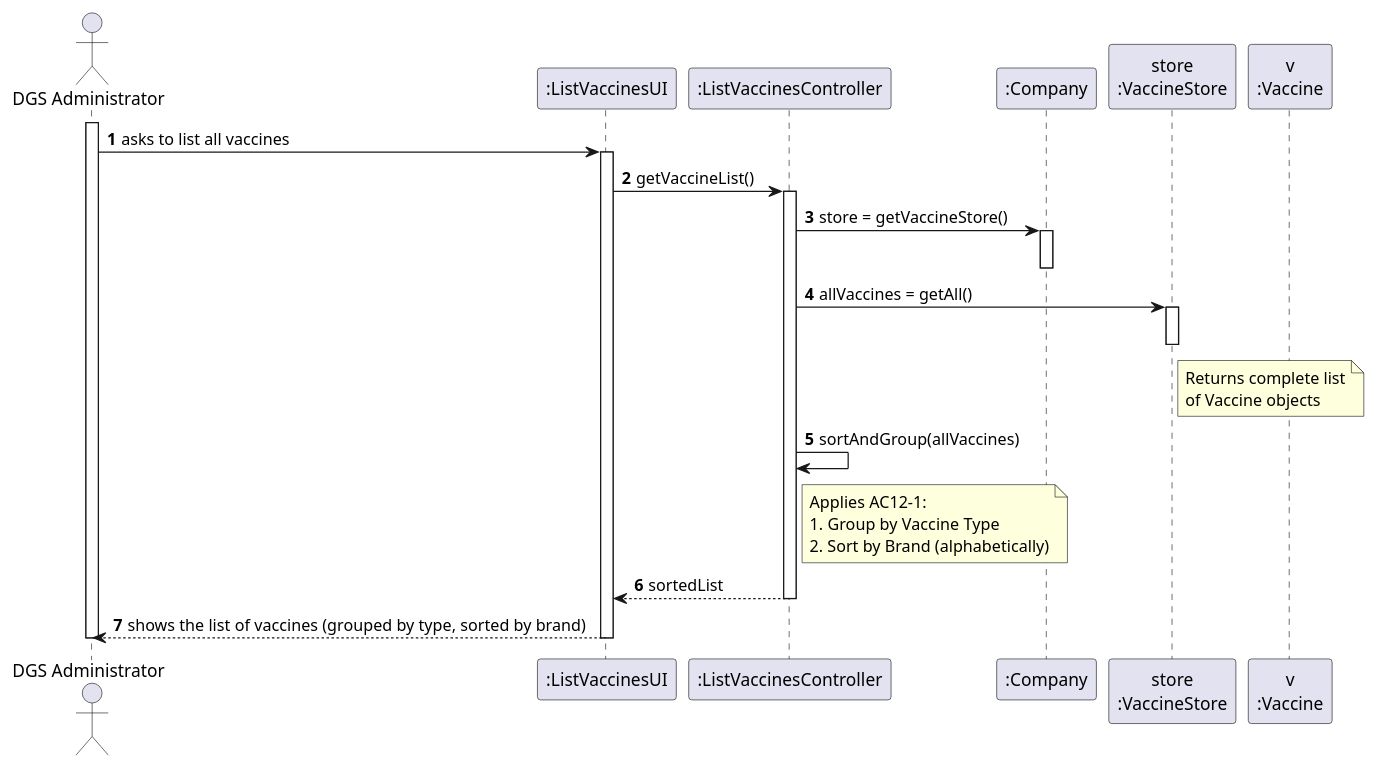
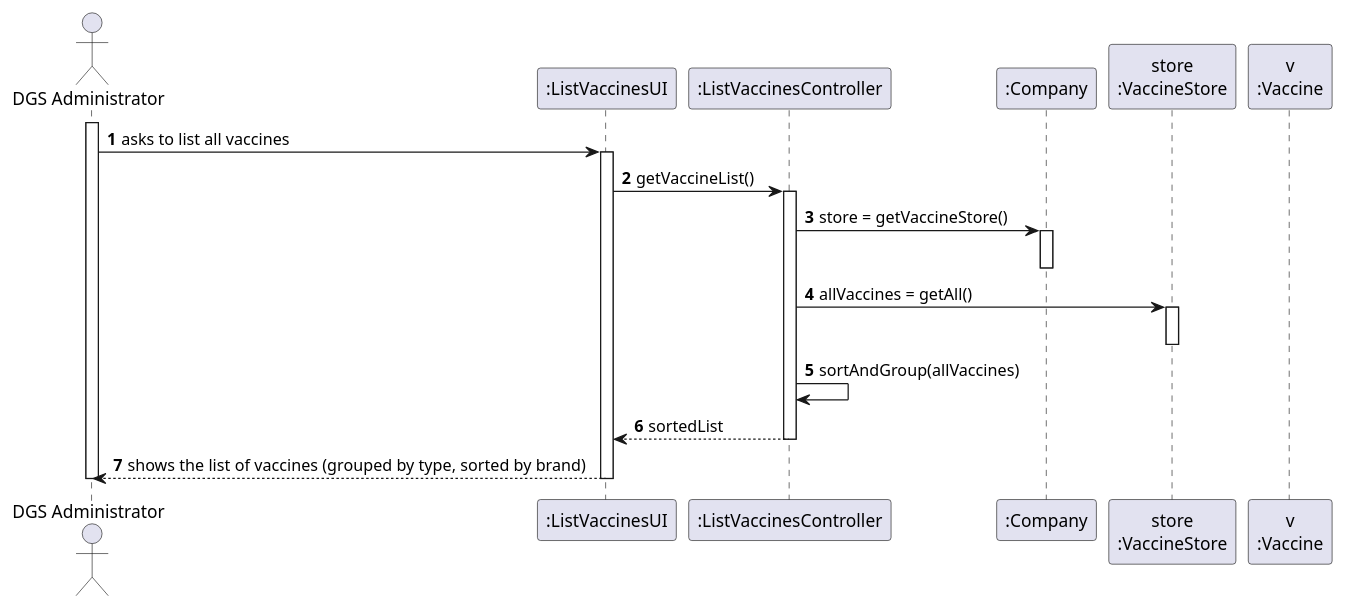
One commit to afonso51111/leti-esoft-25-26-A33 changed the diagram in project-template/docs/sprint3/US12/puml/US12-SD.puml. Above: the diagram before and after it, drawn with PlantUML. The commit also changed 36 other files, not shown here.

```diff
--- a/project-template/docs/sprint3/US12/puml/US12-SD.puml
+++ b/project-template/docs/sprint3/US12/puml/US12-SD.puml
@@ -1,42 +1,33 @@
 @startuml
 autonumber
 actor "DGS Administrator" as Admin
 participant ":ListVaccinesUI" as UI
 participant ":ListVaccinesController" as CTRL
 participant ":Company" as CMP
 participant "store\n:VaccineStore" as STORE
 participant "v\n:Vaccine" as VAX
 
 activate Admin
 Admin -> UI : asks to list all vaccines
 activate UI
 
 UI -> CTRL : getVaccineList()
 activate CTRL
 
 CTRL -> CMP : store = getVaccineStore()
 activate CMP
 deactivate CMP
 
 CTRL -> STORE : allVaccines = getAll()
 activate STORE
-    note right of STORE
-        Returns complete list
-        of Vaccine objects
-    end note
 deactivate STORE
 
 CTRL -> CTRL : sortAndGroup(allVaccines)
-note right of CTRL
-    Applies AC12-1:
-    1. Group by Vaccine Type
-    2. Sort by Brand (alphabetically)
-end note
 
 CTRL --> UI : sortedList
 deactivate CTRL
 
 UI --> Admin : shows the list of vaccines (grouped by type, sorted by brand)
 deactivate UI
 deactivate Admin
 @enduml
```
